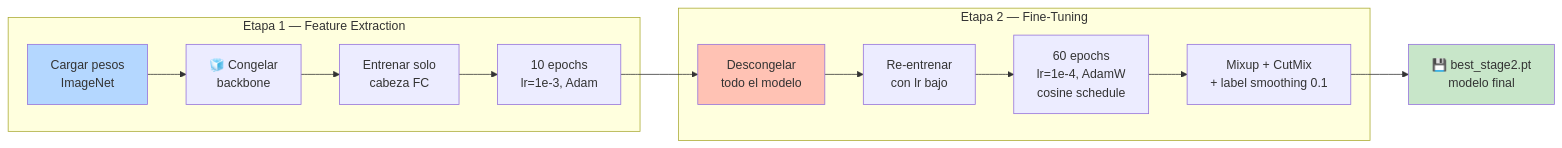
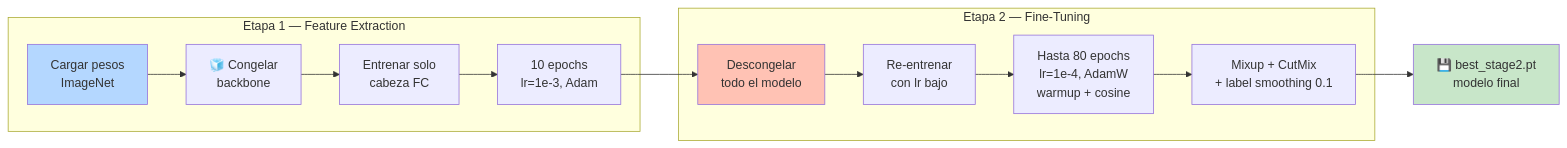
The fourth of 6 diagrams in documentacion/diagramas/arquitectura.md (ZOMBIECRAFTIAN/raptors-cnn), drawn with Mermaid before and after one commit. The commit also changed other lines of this file and 26 other files, not shown here.

````diff
--- a/documentacion/diagramas/arquitectura.md
+++ b/documentacion/diagramas/arquitectura.md
@@ -109,25 +119,25 @@
 ```mermaid
 flowchart LR
     subgraph "Etapa 1 — Feature Extraction"
         E1A[Cargar pesos<br/>ImageNet]
         E1B[🧊 Congelar<br/>backbone]
         E1C[Entrenar solo<br/>cabeza FC]
         E1D[10 epochs<br/>lr=1e-3, Adam]
     end
 
     subgraph "Etapa 2 — Fine-Tuning"
         E2A[Descongelar<br/>todo el modelo]
         E2B[Re-entrenar<br/>con lr bajo]
-        E2C[60 epochs<br/>lr=1e-4, AdamW<br/>cosine schedule]
+        E2C[Hasta 80 epochs<br/>lr=1e-4, AdamW<br/>warmup + cosine]
         E2D[Mixup + CutMix<br/>+ label smoothing 0.1]
     end
 
     E1A --> E1B --> E1C --> E1D
     E1D --> E2A
     E2A --> E2B --> E2C --> E2D
     E2D --> Final[💾 best_stage2.pt<br/>modelo final]
 
     style E1A fill:#B4D7FF
     style E2A fill:#FFC2B4
     style Final fill:#C8E6C9
 ```
````
